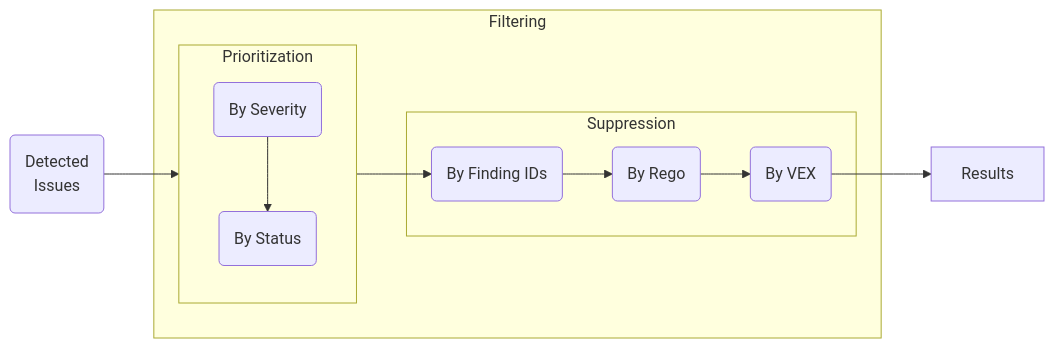
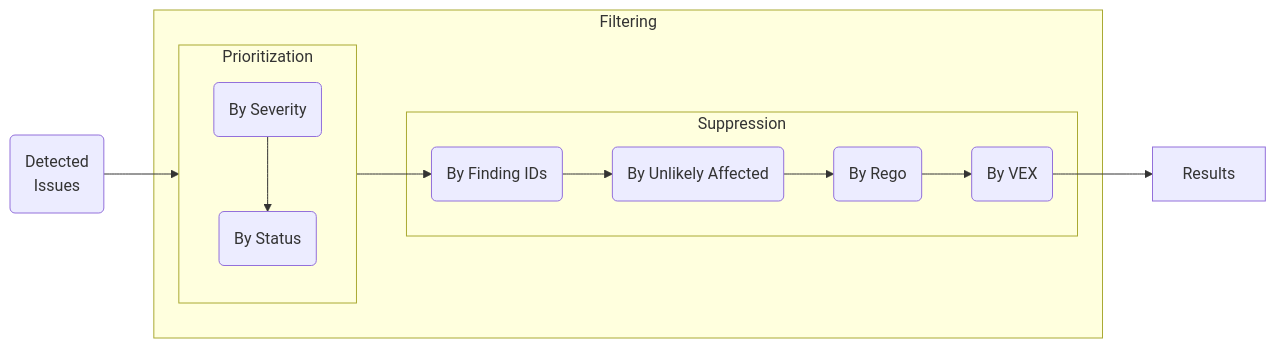
Before and after one commit to aquasecurity/trivy: the diagram in docs/docs/configuration/filtering.md, drawn with Mermaid. The commit also changed other lines of this file and 14 other files, not shown here.

First line of the commit message:
feat: add --ignore-unlikely-affected flag to filter unlikely affected packages

````diff
--- a/docs/docs/configuration/filtering.md
+++ b/docs/docs/configuration/filtering.md
@@ -4,17 +4,18 @@
 ```mermaid
 flowchart LR
   Issues("Detected\nIssues") --> Severity
 
   subgraph Filtering
     subgraph Prioritization
         direction TB
         Severity("By Severity") --> Status("By Status")
     end
     subgraph Suppression
         Status --> Ignore("By Finding IDs")
-        Ignore --> Rego("By Rego")
+        Ignore --> Unlikely("By Unlikely Affected")
+        Unlikely --> Rego("By Rego")
         Rego --> VEX("By VEX")
     end
   end
   VEX --> Results
 ```
````
